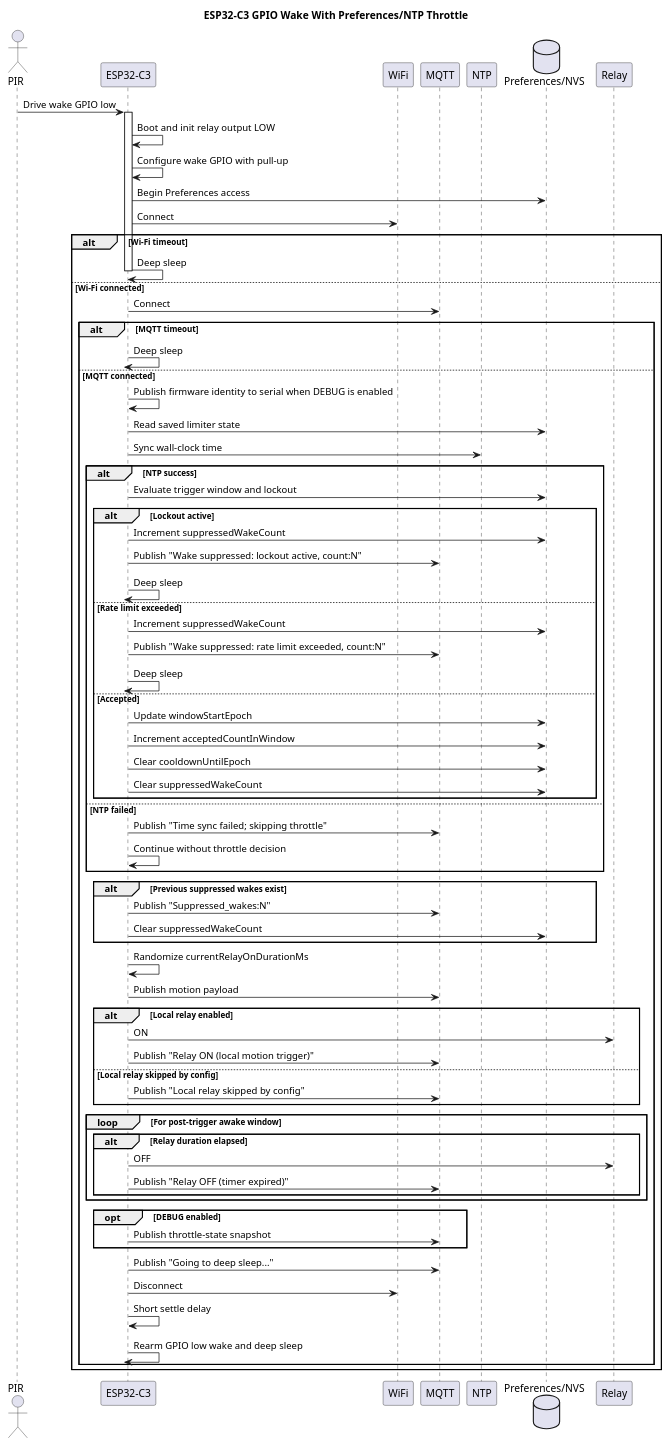
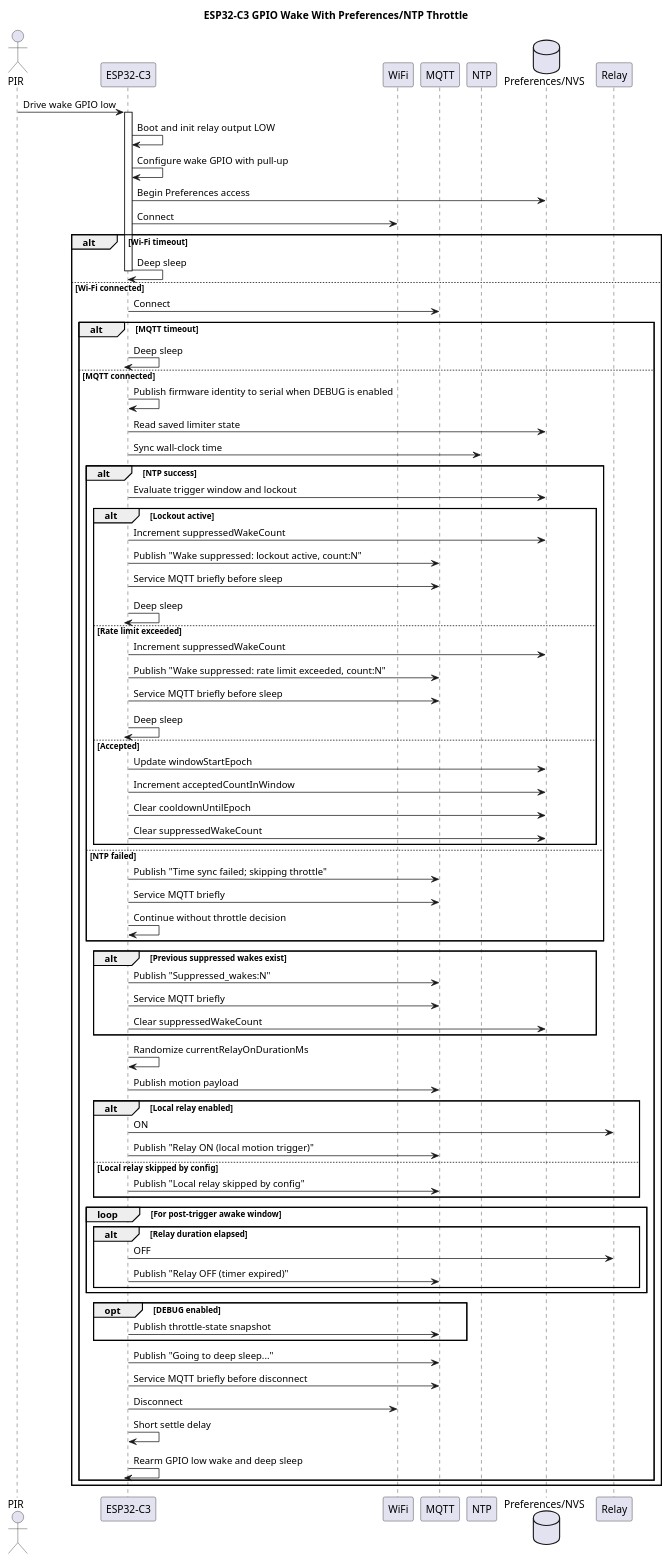
The diagram in docs/firmware-flow.puml (harraz/elghafeer), drawn with PlantUML before and after one commit. The commit also changed 1 other file, not shown here.

```diff
--- a/docs/firmware-flow.puml
+++ b/docs/firmware-flow.puml
@@ -1,90 +1,95 @@
 @startuml
 title ESP32-C3 GPIO Wake With Preferences/NTP Throttle
 
 actor PIR
 participant "ESP32-C3" as ESP
 participant "WiFi" as WIFI
 participant "MQTT" as MQTT
 participant "NTP" as NTP
 database "Preferences/NVS" as NVS
 participant "Relay" as RELAY
 
 PIR -> ESP : Drive wake GPIO low
 activate ESP
 
 ESP -> ESP : Boot and init relay output LOW
 ESP -> ESP : Configure wake GPIO with pull-up
 ESP -> NVS : Begin Preferences access
 
 ESP -> WIFI : Connect
 alt Wi-Fi timeout
   ESP -> ESP : Deep sleep
   deactivate ESP
 else Wi-Fi connected
   ESP -> MQTT : Connect
   alt MQTT timeout
     ESP -> ESP : Deep sleep
     deactivate ESP
   else MQTT connected
     ESP -> ESP : Publish firmware identity to serial when DEBUG is enabled
 
     ESP -> NVS : Read saved limiter state
     ESP -> NTP : Sync wall-clock time
 
     alt NTP success
       ESP -> NVS : Evaluate trigger window and lockout
 
       alt Lockout active
         ESP -> NVS : Increment suppressedWakeCount
         ESP -> MQTT : Publish "Wake suppressed: lockout active, count:N"
+        ESP -> MQTT : Service MQTT briefly before sleep
         ESP -> ESP : Deep sleep
         deactivate ESP
       else Rate limit exceeded
         ESP -> NVS : Increment suppressedWakeCount
         ESP -> MQTT : Publish "Wake suppressed: rate limit exceeded, count:N"
+        ESP -> MQTT : Service MQTT briefly before sleep
         ESP -> ESP : Deep sleep
         deactivate ESP
       else Accepted
         ESP -> NVS : Update windowStartEpoch
         ESP -> NVS : Increment acceptedCountInWindow
         ESP -> NVS : Clear cooldownUntilEpoch
         ESP -> NVS : Clear suppressedWakeCount
       end
     else NTP failed
       ESP -> MQTT : Publish "Time sync failed; skipping throttle"
+      ESP -> MQTT : Service MQTT briefly
       ESP -> ESP : Continue without throttle decision
     end
 
     alt Previous suppressed wakes exist
       ESP -> MQTT : Publish "Suppressed_wakes:N"
+      ESP -> MQTT : Service MQTT briefly
       ESP -> NVS : Clear suppressedWakeCount
     end
 
     ESP -> ESP : Randomize currentRelayOnDurationMs
     ESP -> MQTT : Publish motion payload
     alt Local relay enabled
       ESP -> RELAY : ON
       ESP -> MQTT : Publish "Relay ON (local motion trigger)"
     else Local relay skipped by config
       ESP -> MQTT : Publish "Local relay skipped by config"
     end
 
     loop For post-trigger awake window
       alt Relay duration elapsed
         ESP -> RELAY : OFF
         ESP -> MQTT : Publish "Relay OFF (timer expired)"
       end
     end
 
     opt DEBUG enabled
       ESP -> MQTT : Publish throttle-state snapshot
     end
 
     ESP -> MQTT : Publish "Going to deep sleep..."
+    ESP -> MQTT : Service MQTT briefly before disconnect
     ESP -> WIFI : Disconnect
     ESP -> ESP : Short settle delay
     ESP -> ESP : Rearm GPIO low wake and deep sleep
     deactivate ESP
   end
 end
 @enduml
```
